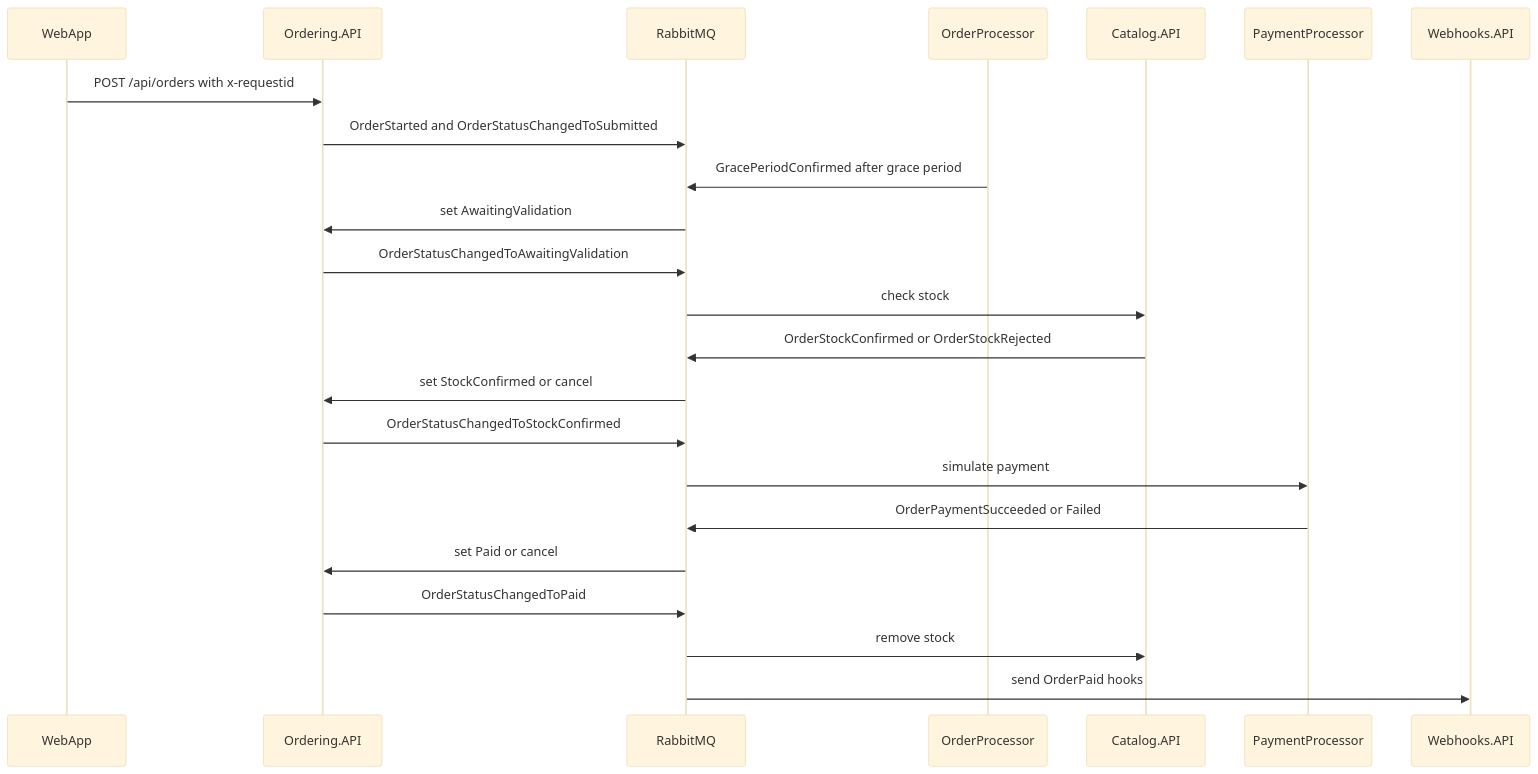
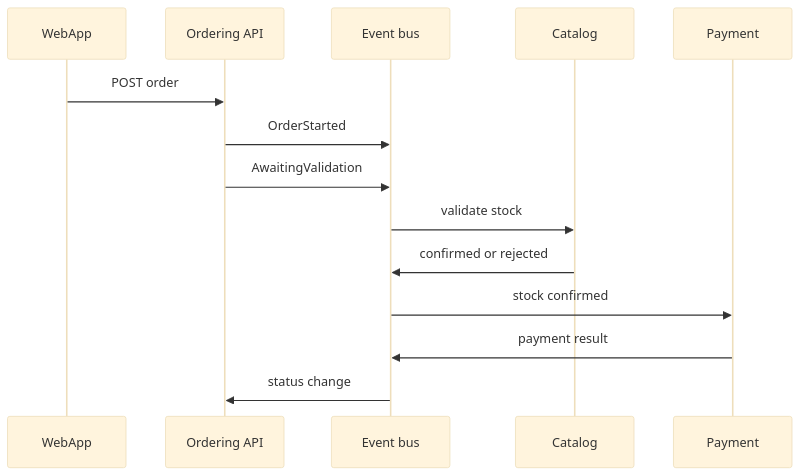
Before and after one commit to HeWhoRoams/AppDoc: the third of 5 diagrams in examples/current/eShop/application-documentation.md, drawn with Mermaid (base theme). The commit also changed other lines of this file and 64 other files, not shown here.

````diff
--- a/examples/current/eShop/application-documentation.md
+++ b/examples/current/eShop/application-documentation.md
@@ -706,25 +604,16 @@
 ```mermaid
 sequenceDiagram
   participant W as WebApp
-  participant O as Ordering.API
-  participant B as RabbitMQ
-  participant P as OrderProcessor
-  participant C as Catalog.API
-  participant Y as PaymentProcessor
-  participant H as Webhooks.API
-  W->>O: POST /api/orders with x-requestid
-  O->>B: OrderStarted and OrderStatusChangedToSubmitted
-  P->>B: GracePeriodConfirmed after grace period
-  B->>O: set AwaitingValidation
-  O->>B: OrderStatusChangedToAwaitingValidation
-  B->>C: check stock
-  C->>B: OrderStockConfirmed or OrderStockRejected
-  B->>O: set StockConfirmed or cancel
-  O->>B: OrderStatusChangedToStockConfirmed
-  B->>Y: simulate payment
-  Y->>B: OrderPaymentSucceeded or Failed
-  B->>O: set Paid or cancel
-  O->>B: OrderStatusChangedToPaid
-  B->>C: remove stock
-  B->>H: send OrderPaid hooks
+  participant O as Ordering API
+  participant B as Event bus
+  participant K as Catalog
+  participant P as Payment
+  W->>O: POST order
+  O->>B: OrderStarted
+  O->>B: AwaitingValidation
+  B->>K: validate stock
+  K->>B: confirmed or rejected
+  B->>P: stock confirmed
+  P->>B: payment result
+  B->>O: status change
 ```
````
